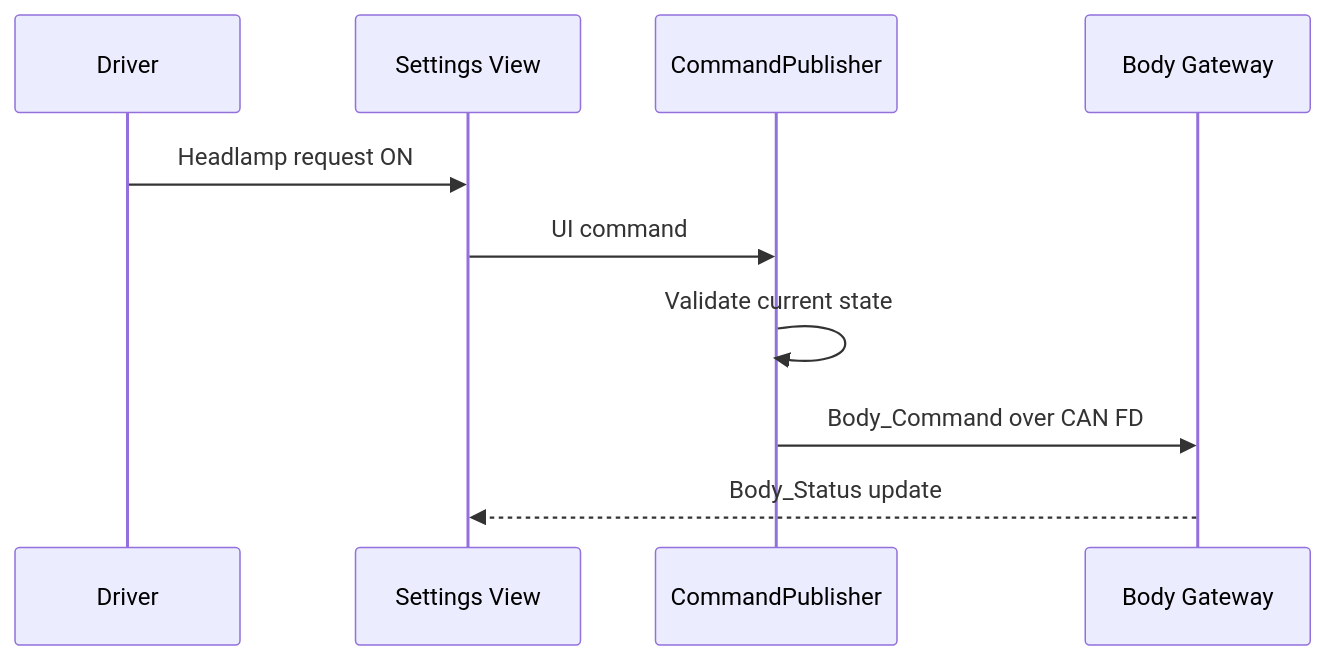
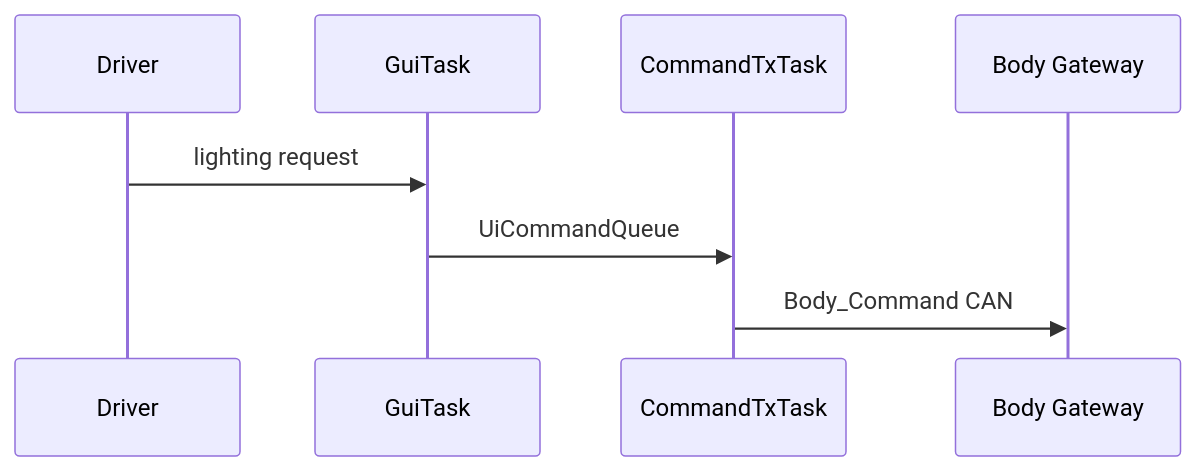
The fourth of 6 diagrams in docs/IVI/ARCHITECTURE.md (sunmaan22/SDV_MCU_Project), drawn with Mermaid before and after one commit. The commit also changed other lines of this file and 10 other files, not shown here.

Commit message:
docs: apply FreeRTOS architecture policy across active documentation

````diff
--- a/docs/IVI/ARCHITECTURE.md
+++ b/docs/IVI/ARCHITECTURE.md
@@ -250,13 +299,10 @@
 ```mermaid
 sequenceDiagram
     participant DRIVER as Driver
-    participant UI as Settings View
-    participant CMD as CommandPublisher
+    participant GUI as GuiTask
+    participant TX as CommandTxTask
     participant GW as Body Gateway
-
-    DRIVER->>UI: Headlamp request ON
-    UI->>CMD: UI command
-    CMD->>CMD: Validate current state
-    CMD->>GW: Body_Command over CAN FD
-    GW-->>UI: Body_Status update
+    DRIVER->>GUI: lighting request
+    GUI->>TX: UiCommandQueue
+    TX->>GW: Body_Command CAN
 ```
````
